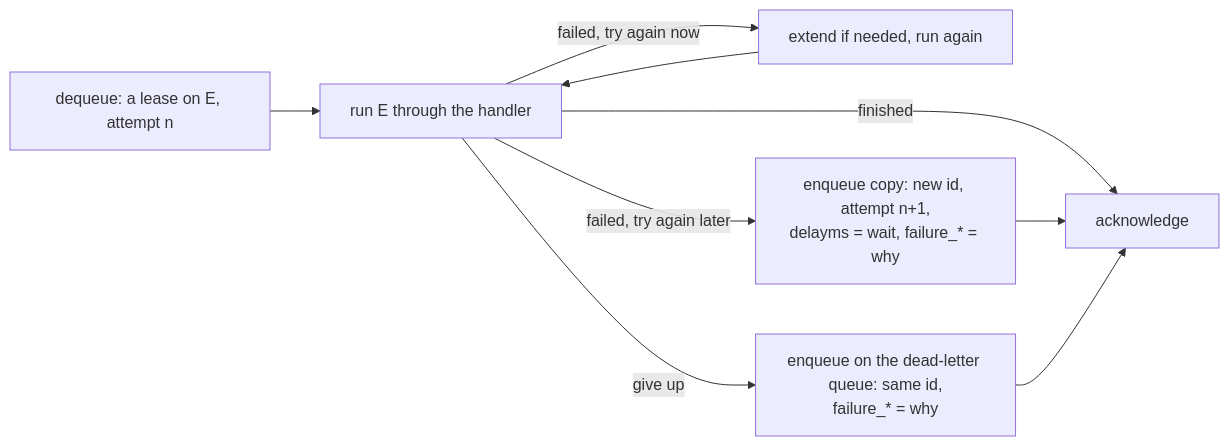
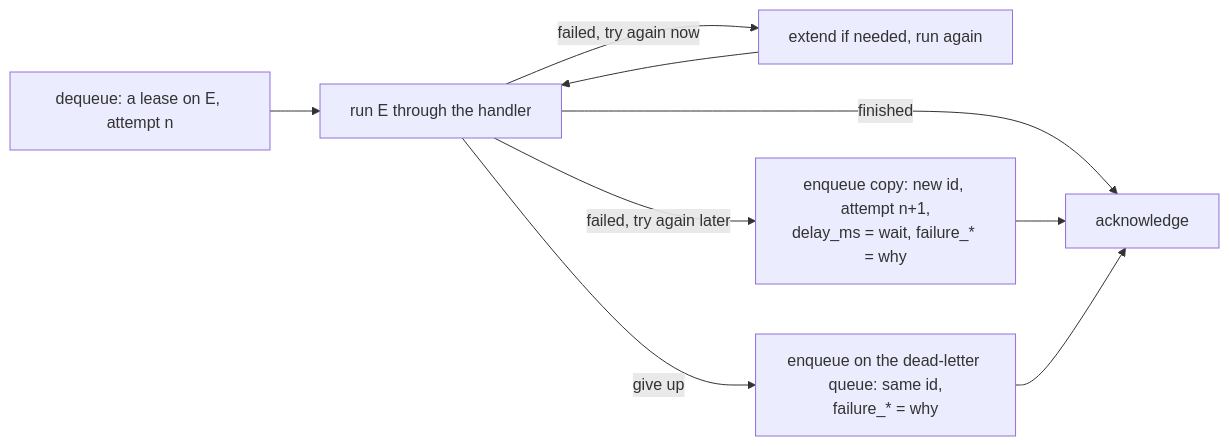
The second of 3 diagrams in docs/adr/021-queue.md (SaadAhmad123/arvo-core), drawn with Mermaid before and after one commit. The commit also changed other lines of this file, not shown here.

````diff
--- a/docs/adr/021-queue.md
+++ b/docs/adr/021-queue.md
@@ -188,8 +188,8 @@
 ```mermaid
 flowchart LR
     D["dequeue: a lease on E, attempt n"] --> R["run E through the handler"]
     R -->|finished| A["acknowledge"]
     R -->|"failed, try again now"| X["extend if needed, run again"] --> R
-    R -->|"failed, try again later"| C["enqueue copy: new id, attempt n+1,<br/>delayms = wait, failure_* = why"] --> A
+    R -->|"failed, try again later"| C["enqueue copy: new id, attempt n+1,<br/>delay_ms = wait, failure_* = why"] --> A
     R -->|"give up"| M["enqueue on the dead-letter queue: same id,<br/>failure_* = why"] --> A
 ```
````
